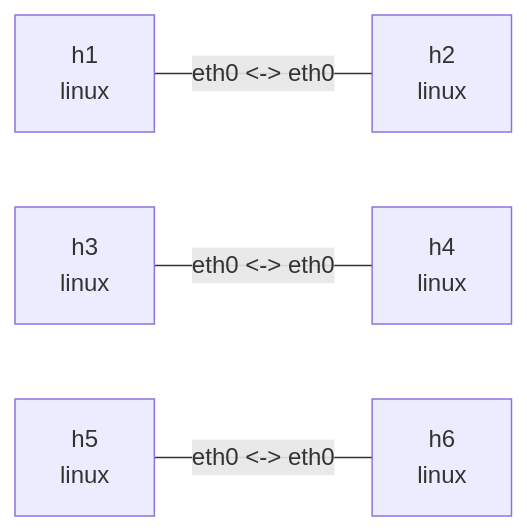
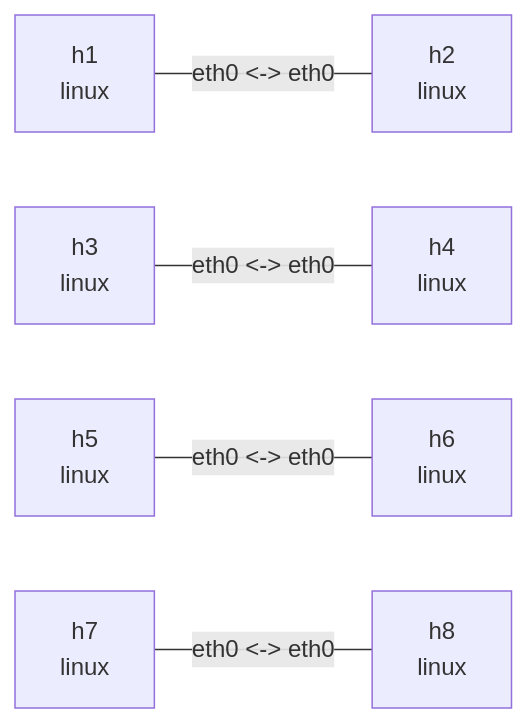
Before and after one commit to calcky/nslab: the diagram in docs/examples/qdisc.md, drawn with Mermaid. The commit also changed other lines of this file and 33 other files, not shown here.

````diff
--- a/docs/examples/qdisc.md
+++ b/docs/examples/qdisc.md
@@ -12,12 +14,15 @@
 ```mermaid
 flowchart LR
     n0["h1\nlinux"]
     n1["h2\nlinux"]
     n2["h3\nlinux"]
     n3["h4\nlinux"]
     n4["h5\nlinux"]
     n5["h6\nlinux"]
+    n6["h7\nlinux"]
+    n7["h8\nlinux"]
     n0 -- "eth0 <-> eth0" --- n1
     n2 -- "eth0 <-> eth0" --- n3
     n4 -- "eth0 <-> eth0" --- n5
+    n6 -- "eth0 <-> eth0" --- n7
 ```
````
